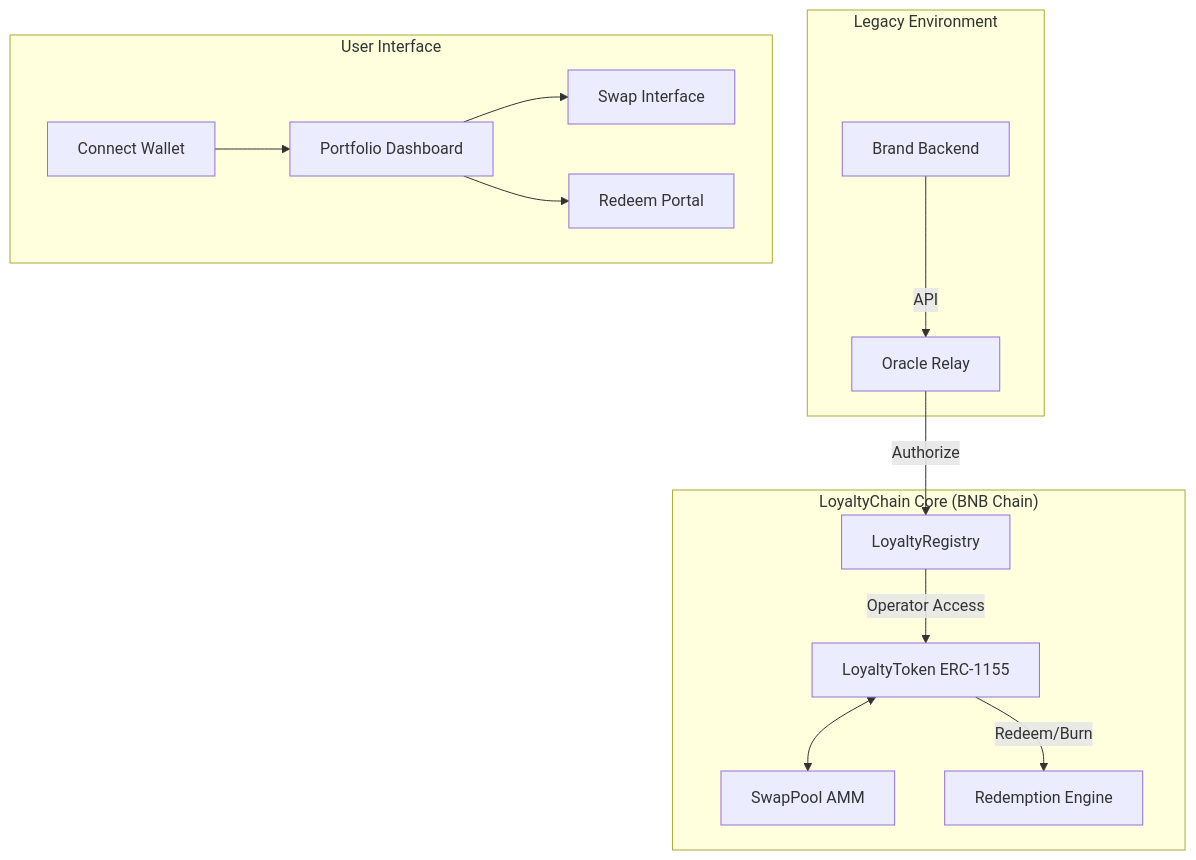
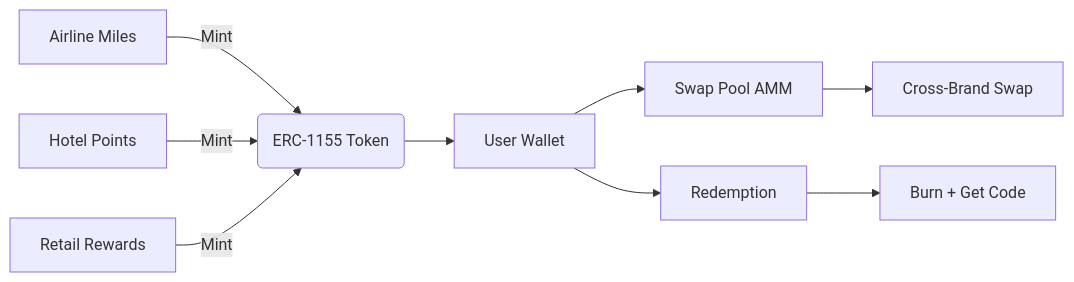
One commit to Shikhyy/LoyaltyChain changed the first of 3 diagrams in README.md. Above: the diagram before and after it, drawn with Mermaid. The commit also changed other lines of this file and 1 other file, not shown here.

````diff
--- a/README.md
+++ b/README.md
@@ -45,19 +39,12 @@
 ```mermaid
-graph TD
-    subgraph "Legacy Environment"
-        A[Brand Backend] -->|API| B[Oracle Relay]
-    end
-
-    subgraph "LoyaltyChain Core (BNB Chain)"
-        B -->|Authorize| C[LoyaltyRegistry]
-        C -->|Operator Access| D[LoyaltyToken ERC-1155]
-        D <--> E[SwapPool AMM]
-        D -->|Redeem/Burn| F[Redemption Engine]
-    end
-
-    subgraph "User Interface"
-        G[Connect Wallet] --> H[Portfolio Dashboard]
-        H --> I[Swap Interface]
-        H --> J[Redeem Portal]
-    end
+graph LR
+    A[Airline Miles] -->|Mint| B(ERC-1155 Token)
+    C[Hotel Points] -->|Mint| B
+    D[Retail Rewards] -->|Mint| B
+    
+    B --> E[User Wallet]
+    E --> F[Swap Pool AMM]
+    F --> G[Cross-Brand Swap]
+    E --> H[Redemption]
+    H --> I[Burn + Get Code]
 ```
````
